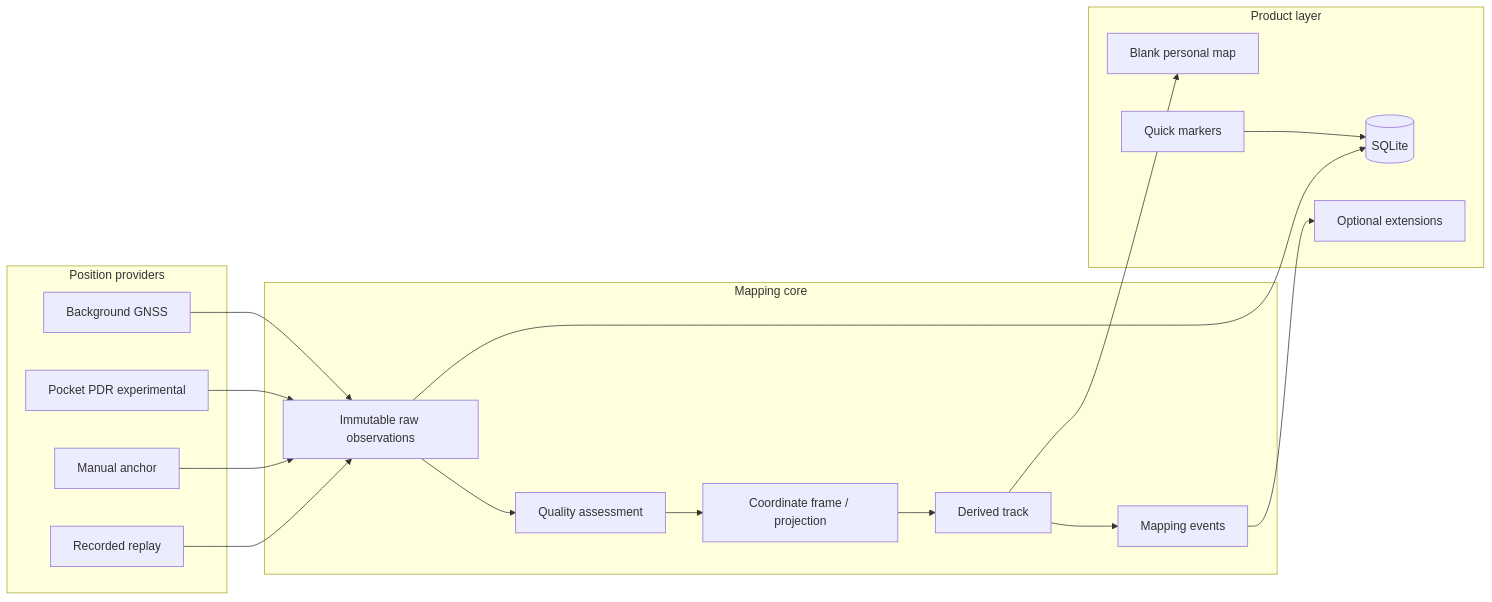
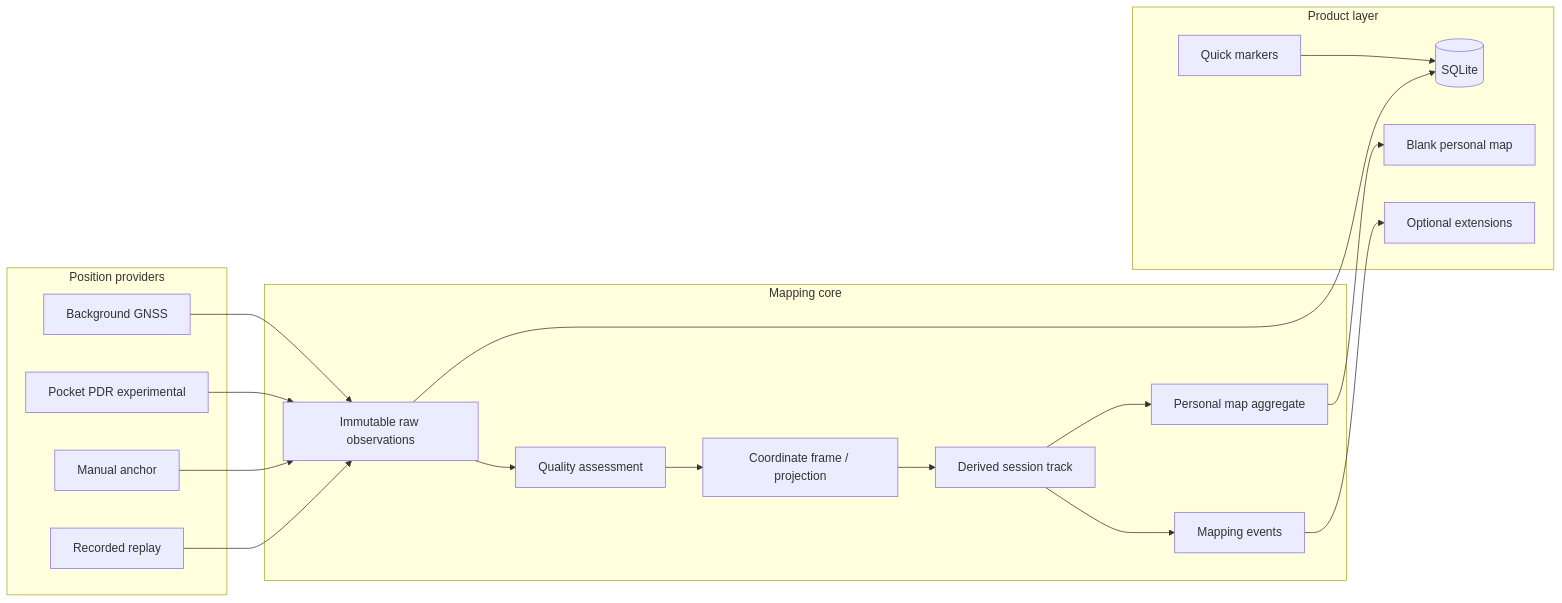
The diagram in docs/ARCHITECTURE.md (328cider/personal-exploration-map), drawn with Mermaid before and after one commit. The commit also changed other lines of this file, not shown here.

Commit message:
docs: define personal map aggregation boundary

````diff
--- a/docs/ARCHITECTURE.md
+++ b/docs/ARCHITECTURE.md
@@ -7,33 +7,34 @@
 ```mermaid
 flowchart LR
   subgraph Providers[Position providers]
     GNSS[Background GNSS]
     PDR[Pocket PDR experimental]
     Manual[Manual anchor]
     Replay[Recorded replay]
   end
 
   subgraph Core[Mapping core]
     Raw[Immutable raw observations]
     Filter[Quality assessment]
     Frame[Coordinate frame / projection]
-    Track[Derived track]
+    Track[Derived session track]
+    Aggregate[Personal map aggregate]
     Events[Mapping events]
   end
 
   subgraph Product[Product layer]
     Store[(SQLite)]
     Map[Blank personal map]
     Marker[Quick markers]
     Extension[Optional extensions]
   end
 
   GNSS --> Raw
   PDR --> Raw
   Manual --> Raw
   Replay --> Raw
   Raw --> Store
-  Raw --> Filter --> Frame --> Track --> Map
+  Raw --> Filter --> Frame --> Track --> Aggregate --> Map
   Marker --> Store
   Track --> Events --> Extension
 ```
````
